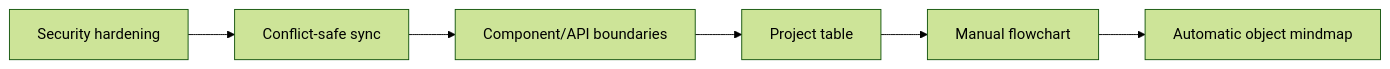
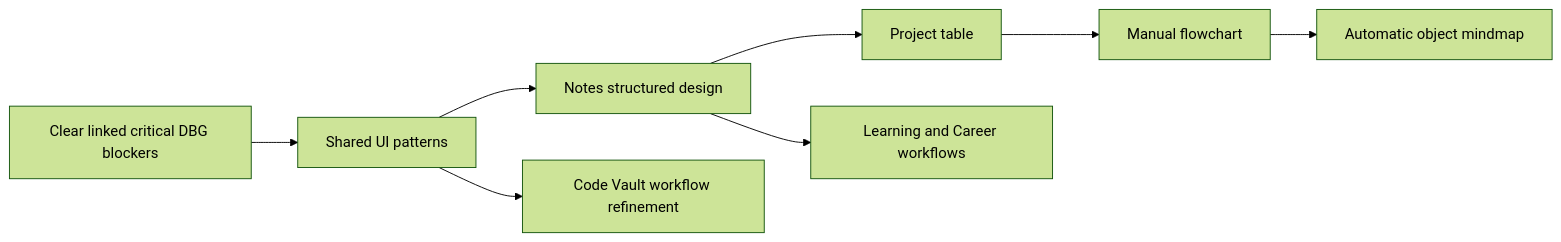
One commit to Akiirolabs/IOVault changed the diagram in docs/roadmap.md. Above: the diagram before and after it, drawn with Mermaid (forest theme). The commit also changed other lines of this file and 44 other files, not shown here.

Commit message:
Add a structured Notes workspace with nested pages, collections, migration, and explicit AI context.

````diff
--- a/docs/roadmap.md
+++ b/docs/roadmap.md
@@ -22,8 +31,10 @@
 ```mermaid
 flowchart LR
-  A["Security hardening"] --> B["Conflict-safe sync"]
-  B --> C["Component/API boundaries"]
+  A["Clear linked critical DBG blockers"] --> B["Shared UI patterns"]
+  B --> C["Notes structured design"]
   C --> D["Project table"]
   D --> E["Manual flowchart"]
   E --> F["Automatic object mindmap"]
+  C --> G["Learning and Career workflows"]
+  B --> H["Code Vault workflow refinement"]
 ```
````
